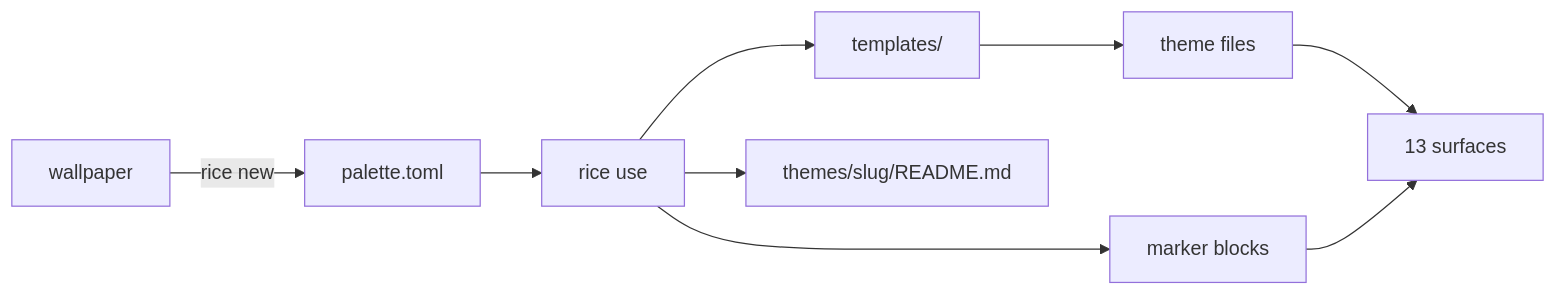
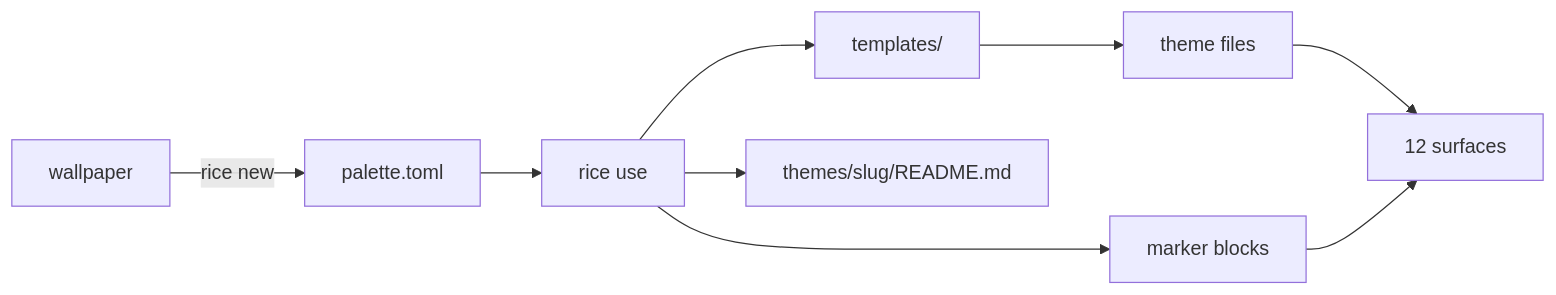
One commit to nitrimandylis/swatch changed the diagram in README.md. Above: the diagram before and after it, drawn with Mermaid. The commit also changed other lines of this file and 4 other files, not shown here.

````diff
--- a/README.md
+++ b/README.md
@@ -141,11 +144,11 @@
 ```mermaid
 flowchart LR
     W[wallpaper] -->|rice new| P[palette.toml]
     P --> R[rice use]
     R --> T[templates/]
     T --> F[theme files]
     R --> M[marker blocks]
-    F --> A[13 surfaces]
+    F --> A[12 surfaces]
     M --> A
     R --> D[themes/slug/README.md]
 ```
````
